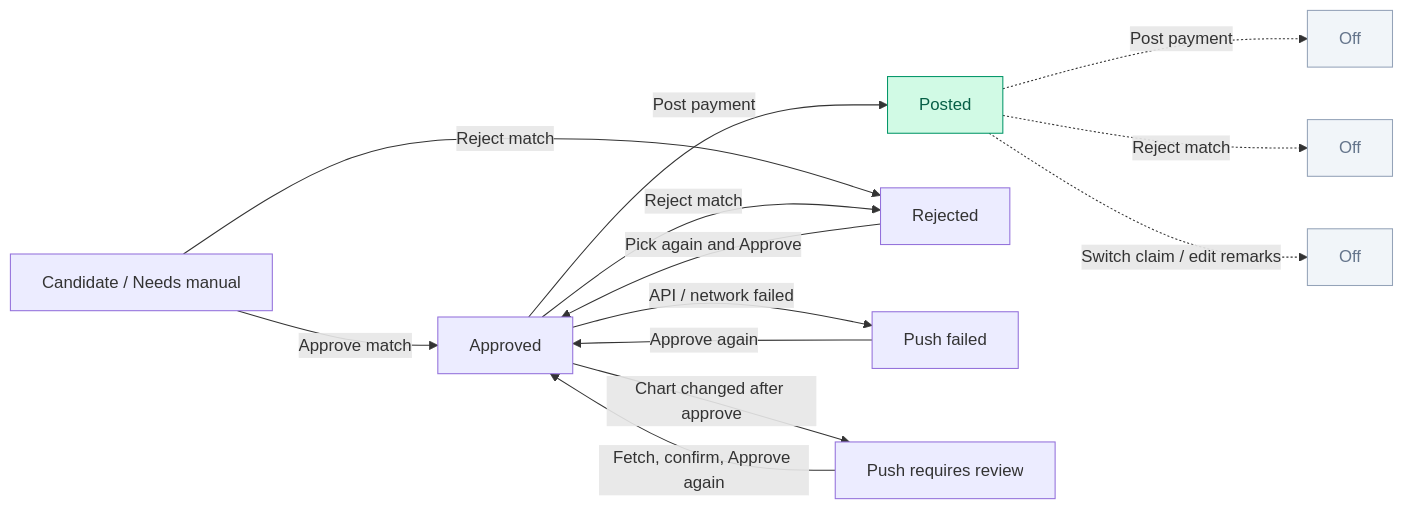
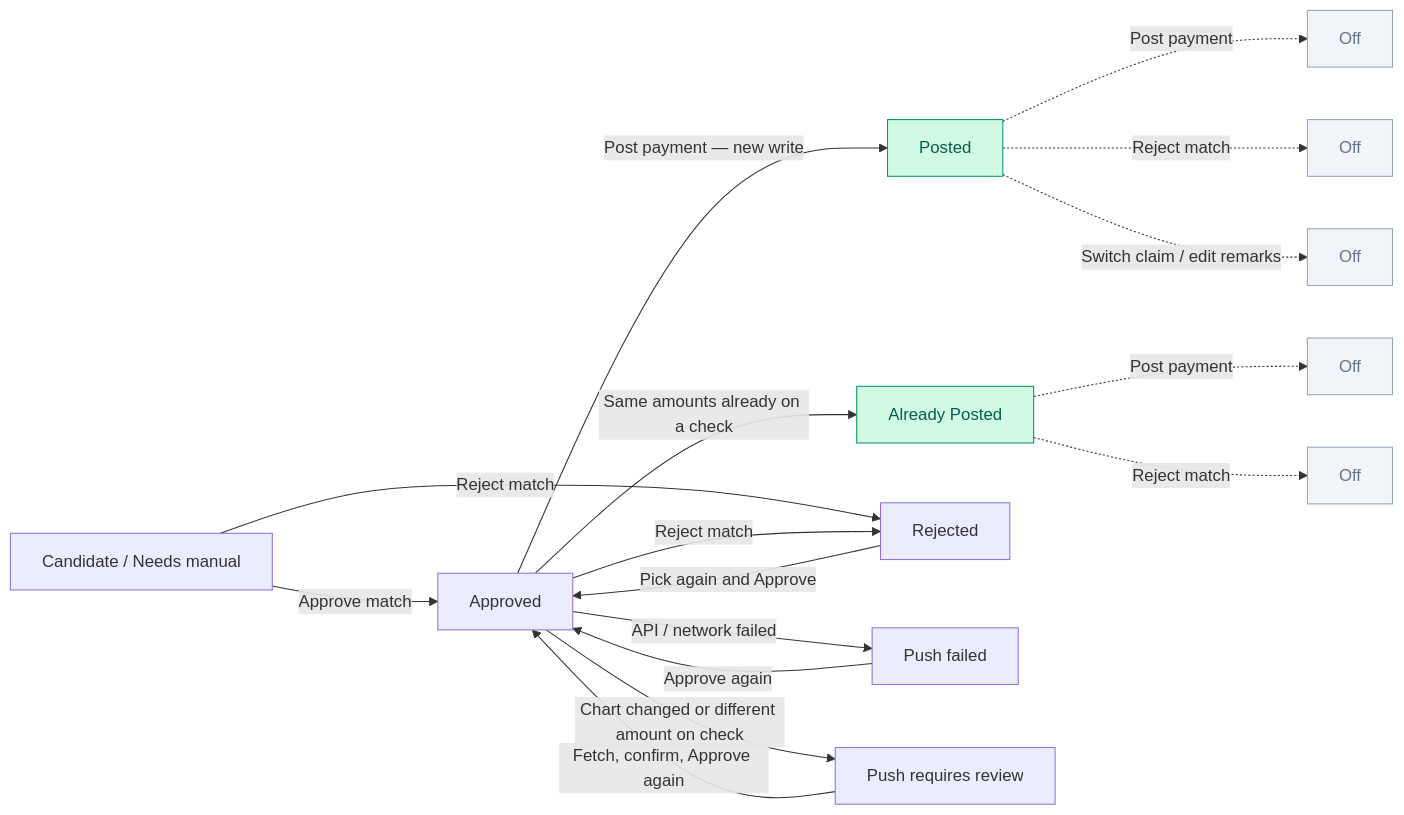
Before and after one commit to tools772/ordo-documentation: the second of 3 diagrams in docs/workflows/statuses.md, drawn with Mermaid. The commit also changed other lines of this file and 7 other files, not shown here.

First line of the commit message:
Document Already Posted when Open Dental already has matching amounts.

````diff
--- a/docs/workflows/statuses.md
+++ b/docs/workflows/statuses.md
@@ -67,28 +72,32 @@
 ```mermaid
 flowchart LR
   C[Candidate / Needs manual]
   A[Approved]
   P[Posted]
+  AP[Already Posted]
   R[Rejected]
   F[Push failed]
   V[Push requires review]
 
   C -->|Approve match| A
   C -->|Reject match| R
-  A -->|Post payment| P
+  A -->|Post payment — new write| P
+  A -->|Same amounts already on a check| AP
   A -->|Reject match| R
   A -->|API / network failed| F
-  A -->|Chart changed after approve| V
+  A -->|Chart changed or different amount on check| V
   F -->|Approve again| A
   V -->|Fetch, confirm, Approve again| A
   R -->|Pick again and Approve| A
 
   P -.->|Post payment| X1[Off]
   P -.->|Reject match| X2[Off]
   P -.->|Switch claim / edit remarks| X3[Off]
+  AP -.->|Post payment| X4[Off]
+  AP -.->|Reject match| X5[Off]
 
   classDef done fill:#d1fae5,stroke:#059669,color:#065f46
   classDef off fill:#f1f5f9,stroke:#94a3b8,color:#64748b
-  class P done
-  class X1,X2,X3 off
+  class P,AP done
+  class X1,X2,X3,X4,X5 off
 ```
````
